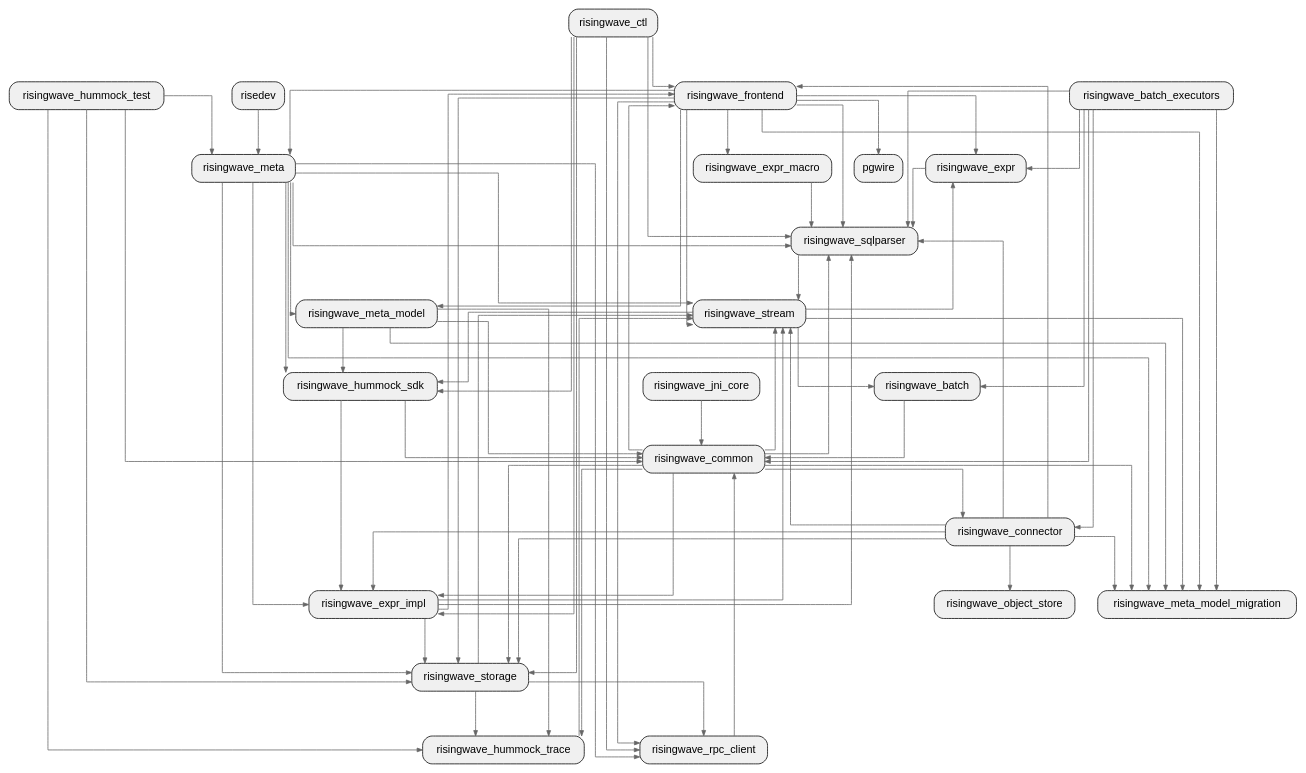
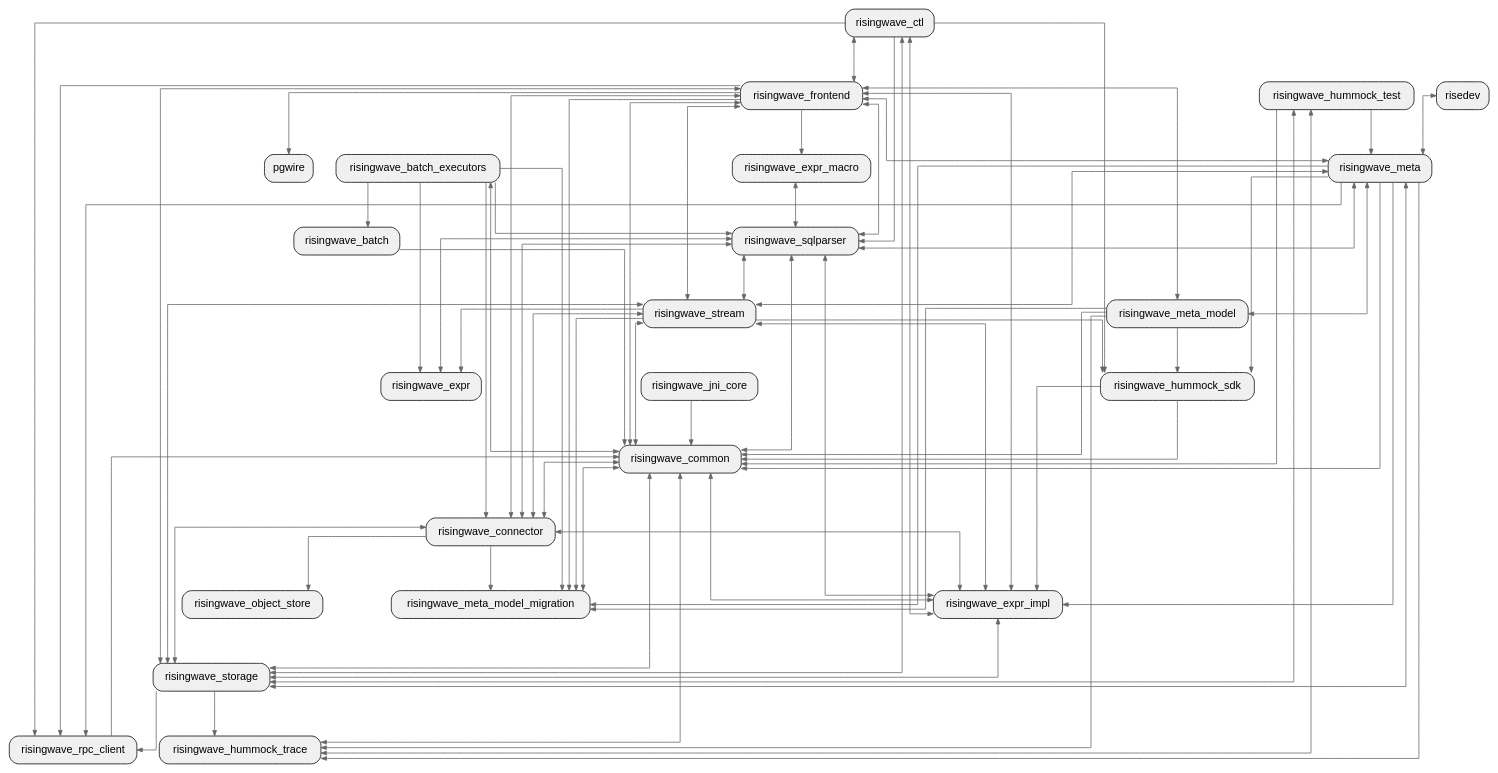
Before and after one commit to allenanswerzq/llmcc: the diagram in sample/risingwave-pagerank/depth_1_crate.dot, drawn with Graphviz. The commit also changed 187 other files, not shown here.

```diff
--- a/sample/risingwave-pagerank/depth_1_crate.dot
+++ b/sample/risingwave-pagerank/depth_1_crate.dot
@@ -1,114 +1,113 @@
 digraph architecture {
   // Layout settings
   rankdir=TB;
   ranksep=0.8;
   nodesep=0.4;
   splines=ortho;
   concentrate=true;
 
   node [shape=box, style="rounded,filled", fillcolor="#f0f0f0", fontname="Helvetica"];
   edge [color="#666666", arrowsize=0.7];
 
   labelloc=t;
   fontsize=16;
   fontname="Helvetica Bold";
 
   crate_pgwire[label="pgwire"];
   crate_risedev[label="risedev"];
   crate_risingwave_batch[label="risingwave_batch"];
   crate_risingwave_batch_executors[label="risingwave_batch_executors"];
   crate_risingwave_common[label="risingwave_common"];
   crate_risingwave_connector[label="risingwave_connector"];
   crate_risingwave_ctl[label="risingwave_ctl"];
   crate_risingwave_expr[label="risingwave_expr"];
   crate_risingwave_expr_impl[label="risingwave_expr_impl"];
   crate_risingwave_expr_macro[label="risingwave_expr_macro"];
   crate_risingwave_frontend[label="risingwave_frontend"];
   crate_risingwave_hummock_sdk[label="risingwave_hummock_sdk"];
   crate_risingwave_hummock_test[label="risingwave_hummock_test"];
   crate_risingwave_hummock_trace[label="risingwave_hummock_trace"];
   crate_risingwave_jni_core[label="risingwave_jni_core"];
   crate_risingwave_meta[label="risingwave_meta"];
   crate_risingwave_meta_model[label="risingwave_meta_model"];
   crate_risingwave_meta_model_migration[label="risingwave_meta_model_migration"];
   crate_risingwave_object_store[label="risingwave_object_store"];
   crate_risingwave_rpc_client[label="risingwave_rpc_client"];
   crate_risingwave_sqlparser[label="risingwave_sqlparser"];
   crate_risingwave_storage[label="risingwave_storage"];
   crate_risingwave_stream[label="risingwave_stream"];
 
-  crate_risedev -> crate_risingwave_meta;
+  crate_risedev -> crate_risingwave_meta [dir=both]; // best-effort not accurate
   crate_risingwave_batch -> crate_risingwave_common;
   crate_risingwave_batch_executors -> crate_risingwave_batch;
-  crate_risingwave_batch_executors -> crate_risingwave_common;
+  crate_risingwave_batch_executors -> crate_risingwave_common [dir=both]; // best-effort not accurate
   crate_risingwave_batch_executors -> crate_risingwave_connector;
   crate_risingwave_batch_executors -> crate_risingwave_expr;
   crate_risingwave_batch_executors -> crate_risingwave_meta_model_migration;
   crate_risingwave_batch_executors -> crate_risingwave_sqlparser;
-  crate_risingwave_common -> crate_risingwave_connector;
-  crate_risingwave_common -> crate_risingwave_expr_impl;
-  crate_risingwave_common -> crate_risingwave_frontend;
-  crate_risingwave_common -> crate_risingwave_hummock_trace;
-  crate_risingwave_common -> crate_risingwave_meta_model_migration;
-  crate_risingwave_common -> crate_risingwave_sqlparser;
-  crate_risingwave_common -> crate_risingwave_storage;
-  crate_risingwave_common -> crate_risingwave_stream;
-  crate_risingwave_connector -> crate_risingwave_expr_impl;
-  crate_risingwave_connector -> crate_risingwave_frontend;
+  crate_risingwave_common -> crate_risingwave_connector [dir=both]; // best-effort not accurate
+  crate_risingwave_common -> crate_risingwave_expr_impl [dir=both]; // best-effort not accurate
+  crate_risingwave_common -> crate_risingwave_frontend [dir=both]; // best-effort not accurate
+  crate_risingwave_common -> crate_risingwave_hummock_trace [dir=both]; // best-effort not accurate
+  crate_risingwave_common -> crate_risingwave_meta_model_migration [dir=both]; // best-effort not accurate
+  crate_risingwave_common -> crate_risingwave_sqlparser [dir=both]; // best-effort not accurate
+  crate_risingwave_common -> crate_risingwave_storage [dir=both]; // best-effort not accurate
+  crate_risingwave_common -> crate_risingwave_stream [dir=both]; // best-effort not accurate
+  crate_risingwave_connector -> crate_risingwave_expr_impl [dir=both]; // best-effort not accurate
+  crate_risingwave_connector -> crate_risingwave_frontend [dir=both]; // best-effort not accurate
   crate_risingwave_connector -> crate_risingwave_meta_model_migration;
   crate_risingwave_connector -> crate_risingwave_object_store;
-  crate_risingwave_connector -> crate_risingwave_sqlparser;
-  crate_risingwave_connector -> crate_risingwave_storage;
-  crate_risingwave_connector -> crate_risingwave_stream;
-  crate_risingwave_ctl -> crate_risingwave_expr_impl;
-  crate_risingwave_ctl -> crate_risingwave_frontend;
+  crate_risingwave_connector -> crate_risingwave_sqlparser [dir=both]; // best-effort not accurate
+  crate_risingwave_connector -> crate_risingwave_storage [dir=both]; // best-effort not accurate
+  crate_risingwave_connector -> crate_risingwave_stream [dir=both]; // best-effort not accurate
+  crate_risingwave_ctl -> crate_risingwave_expr_impl [dir=both]; // best-effort not accurate
+  crate_risingwave_ctl -> crate_risingwave_frontend [dir=both]; // best-effort not accurate
   crate_risingwave_ctl -> crate_risingwave_hummock_sdk;
   crate_risingwave_ctl -> crate_risingwave_rpc_client;
   crate_risingwave_ctl -> crate_risingwave_sqlparser;
-  crate_risingwave_ctl -> crate_risingwave_storage;
-  crate_risingwave_expr -> crate_risingwave_sqlparser;
-  crate_risingwave_expr_impl -> crate_risingwave_frontend;
-  crate_risingwave_expr_impl -> crate_risingwave_sqlparser;
-  crate_risingwave_expr_impl -> crate_risingwave_storage;
-  crate_risingwave_expr_impl -> crate_risingwave_stream;
-  crate_risingwave_expr_macro -> crate_risingwave_sqlparser;
+  crate_risingwave_ctl -> crate_risingwave_storage [dir=both]; // best-effort not accurate
+  crate_risingwave_expr -> crate_risingwave_sqlparser [dir=both]; // best-effort not accurate
+  crate_risingwave_expr_impl -> crate_risingwave_frontend [dir=both]; // best-effort not accurate
+  crate_risingwave_expr_impl -> crate_risingwave_sqlparser [dir=both]; // best-effort not accurate
+  crate_risingwave_expr_impl -> crate_risingwave_storage [dir=both]; // best-effort not accurate
+  crate_risingwave_expr_impl -> crate_risingwave_stream [dir=both]; // best-effort not accurate
+  crate_risingwave_expr_macro -> crate_risingwave_sqlparser [dir=both]; // best-effort not accurate
   crate_risingwave_frontend -> crate_pgwire;
-  crate_risingwave_frontend -> crate_risingwave_expr;
   crate_risingwave_frontend -> crate_risingwave_expr_macro;
-  crate_risingwave_frontend -> crate_risingwave_meta;
-  crate_risingwave_frontend -> crate_risingwave_meta_model;
+  crate_risingwave_frontend -> crate_risingwave_meta [dir=both]; // best-effort not accurate
+  crate_risingwave_frontend -> crate_risingwave_meta_model [dir=both]; // best-effort not accurate
   crate_risingwave_frontend -> crate_risingwave_meta_model_migration;
   crate_risingwave_frontend -> crate_risingwave_rpc_client;
-  crate_risingwave_frontend -> crate_risingwave_sqlparser;
-  crate_risingwave_frontend -> crate_risingwave_storage;
-  crate_risingwave_frontend -> crate_risingwave_stream;
+  crate_risingwave_frontend -> crate_risingwave_sqlparser [dir=both]; // best-effort not accurate
+  crate_risingwave_frontend -> crate_risingwave_storage [dir=both]; // best-effort not accurate
+  crate_risingwave_frontend -> crate_risingwave_stream [dir=both]; // best-effort not accurate
   crate_risingwave_hummock_sdk -> crate_risingwave_common;
   crate_risingwave_hummock_sdk -> crate_risingwave_expr_impl;
   crate_risingwave_hummock_test -> crate_risingwave_common;
-  crate_risingwave_hummock_test -> crate_risingwave_hummock_trace;
+  crate_risingwave_hummock_test -> crate_risingwave_hummock_trace [dir=both]; // best-effort not accurate
   crate_risingwave_hummock_test -> crate_risingwave_meta;
-  crate_risingwave_hummock_test -> crate_risingwave_storage;
-  crate_risingwave_hummock_trace -> crate_risingwave_stream;
+  crate_risingwave_hummock_test -> crate_risingwave_storage [dir=both]; // best-effort not accurate
   crate_risingwave_jni_core -> crate_risingwave_common;
+  crate_risingwave_meta -> crate_risingwave_common;
   crate_risingwave_meta -> crate_risingwave_expr_impl;
   crate_risingwave_meta -> crate_risingwave_hummock_sdk;
-  crate_risingwave_meta -> crate_risingwave_meta_model;
+  crate_risingwave_meta -> crate_risingwave_hummock_trace;
+  crate_risingwave_meta -> crate_risingwave_meta_model [dir=both]; // best-effort not accurate
   crate_risingwave_meta -> crate_risingwave_meta_model_migration;
   crate_risingwave_meta -> crate_risingwave_rpc_client;
-  crate_risingwave_meta -> crate_risingwave_sqlparser;
-  crate_risingwave_meta -> crate_risingwave_storage;
-  crate_risingwave_meta -> crate_risingwave_stream;
+  crate_risingwave_meta -> crate_risingwave_sqlparser [dir=both]; // best-effort not accurate
+  crate_risingwave_meta -> crate_risingwave_storage [dir=both]; // best-effort not accurate
+  crate_risingwave_meta -> crate_risingwave_stream [dir=both]; // best-effort not accurate
   crate_risingwave_meta_model -> crate_risingwave_common;
   crate_risingwave_meta_model -> crate_risingwave_hummock_sdk;
   crate_risingwave_meta_model -> crate_risingwave_hummock_trace;
   crate_risingwave_meta_model -> crate_risingwave_meta_model_migration;
   crate_risingwave_rpc_client -> crate_risingwave_common;
-  crate_risingwave_sqlparser -> crate_risingwave_stream;
+  crate_risingwave_sqlparser -> crate_risingwave_stream [dir=both]; // best-effort not accurate
   crate_risingwave_storage -> crate_risingwave_hummock_trace;
   crate_risingwave_storage -> crate_risingwave_rpc_client;
-  crate_risingwave_storage -> crate_risingwave_stream;
-  crate_risingwave_stream -> crate_risingwave_batch;
+  crate_risingwave_storage -> crate_risingwave_stream [dir=both]; // best-effort not accurate
   crate_risingwave_stream -> crate_risingwave_expr;
   crate_risingwave_stream -> crate_risingwave_hummock_sdk;
   crate_risingwave_stream -> crate_risingwave_meta_model_migration;
 }
```
